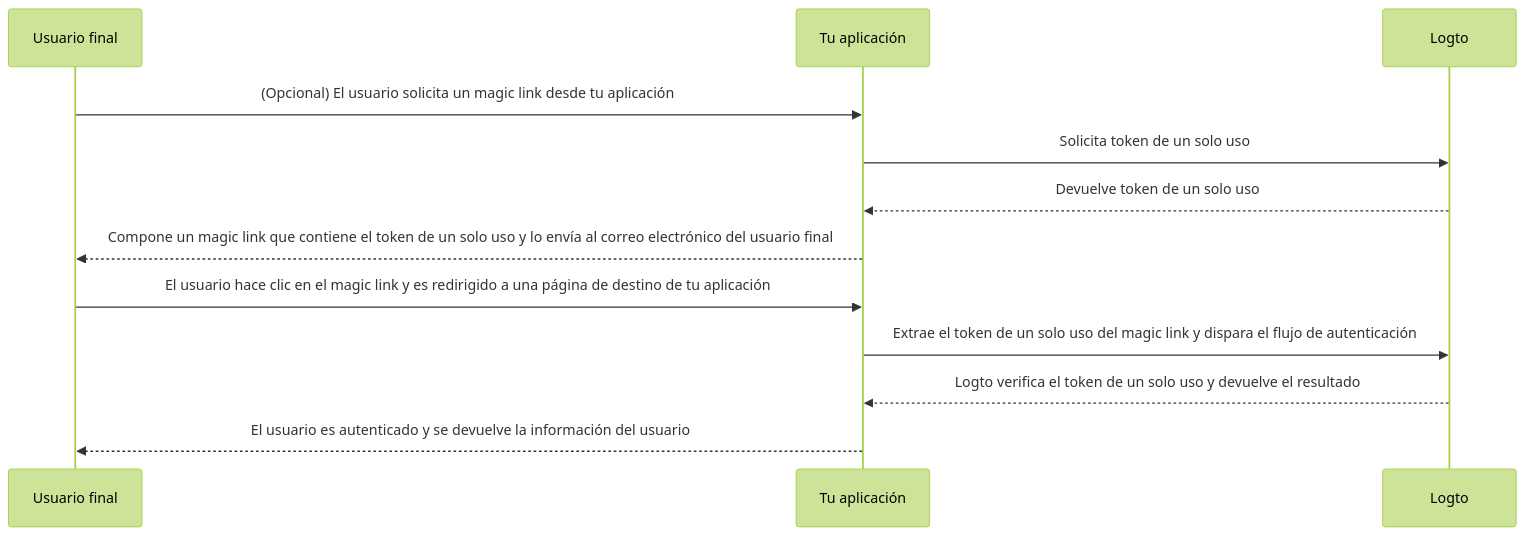
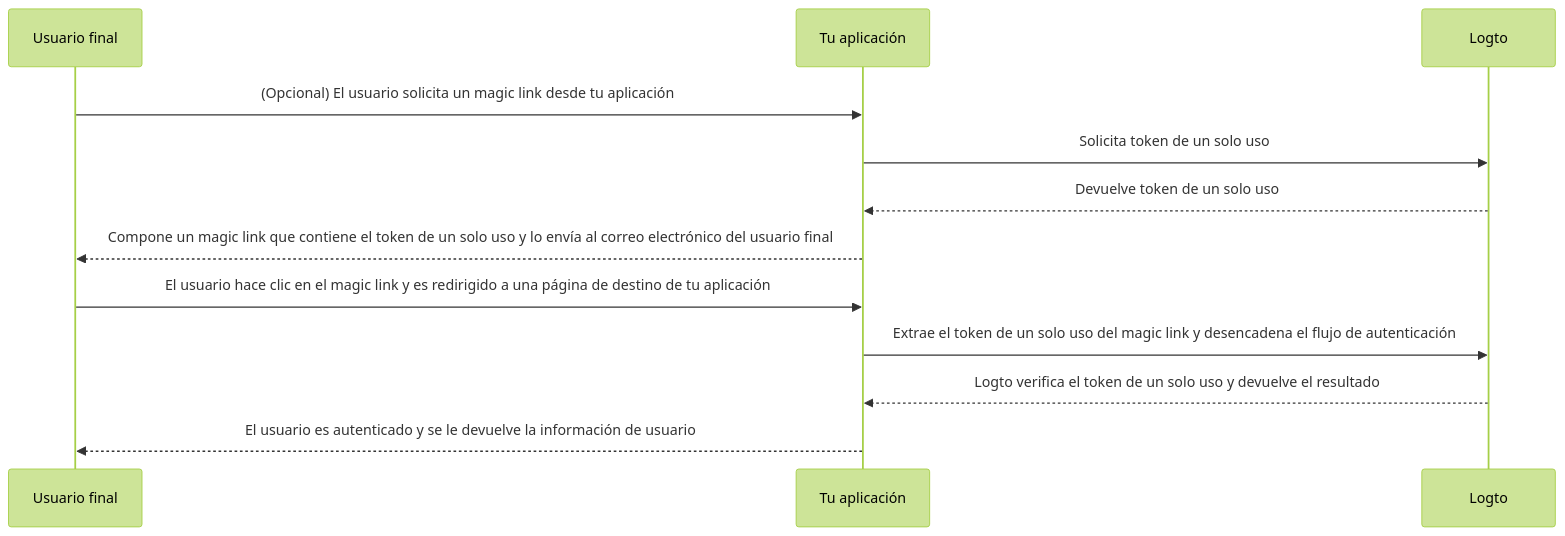
Before and after one commit to logto-io/docs: the diagram in i18n/es/docusaurus-plugin-content-docs/current/end-user-flows/one-time-token.mdx, drawn with Mermaid (forest theme). The commit also changed other lines of this file and 47 other files, not shown here.

````diff
--- a/i18n/es/docusaurus-plugin-content-docs/current/end-user-flows/one-time-token.mdx
+++ b/i18n/es/docusaurus-plugin-content-docs/current/end-user-flows/one-time-token.mdx
@@ -38,15 +38,15 @@
 ```mermaid
 sequenceDiagram
   participant U as Usuario final
   participant C as Tu aplicación
   participant L as Logto
 
   U ->> C: (Opcional) El usuario solicita un magic link desde tu aplicación
   C ->> L: Solicita token de un solo uso
   L -->> C: Devuelve token de un solo uso
   C -->> U: Compone un magic link que contiene el token de un solo uso y lo envía al correo electrónico del usuario final
   U ->> C: El usuario hace clic en el magic link y es redirigido a una página de destino de tu aplicación
-  C ->> L: Extrae el token de un solo uso del magic link y dispara el flujo de autenticación
+  C ->> L: Extrae el token de un solo uso del magic link y desencadena el flujo de autenticación
   L -->> C: Logto verifica el token de un solo uso y devuelve el resultado
-  C -->> U: El usuario es autenticado y se devuelve la información del usuario
+  C -->> U: El usuario es autenticado y se le devuelve la información de usuario
 ```
````
